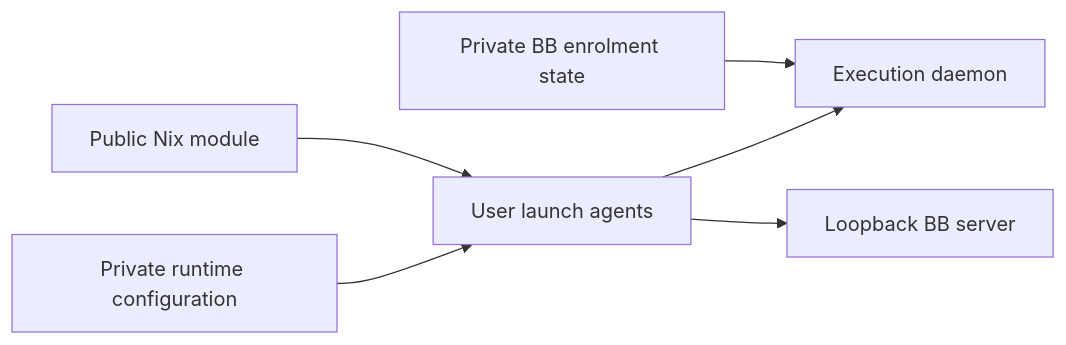
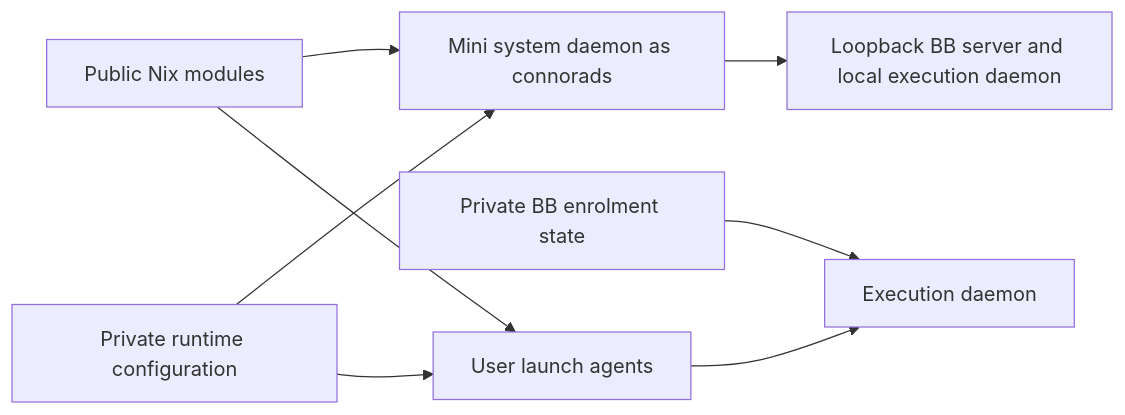
Before and after one commit to connorads/dotfiles: the second of 2 diagrams in docs/remote-access.md, drawn with Mermaid. The commit also changed other lines of this file and 3 other files, not shown here.

````diff
--- a/docs/remote-access.md
+++ b/docs/remote-access.md
@@ -111,8 +126,10 @@
 ```mermaid
 flowchart LR
-  Nix[Public Nix module] --> Launchd[User launch agents]
-  Local[Private runtime configuration] --> Launchd
+  Nix[Public Nix modules] --> System[Mini system daemon as connorads]
+  Nix --> User[User launch agents]
+  Local[Private runtime configuration] --> System
+  Local --> User
   State[Private BB enrolment state] --> Worker[Execution daemon]
-  Launchd --> Worker
-  Launchd --> Server[Loopback BB server]
+  User --> Worker
+  System --> Server[Loopback BB server and local execution daemon]
 ```
````
